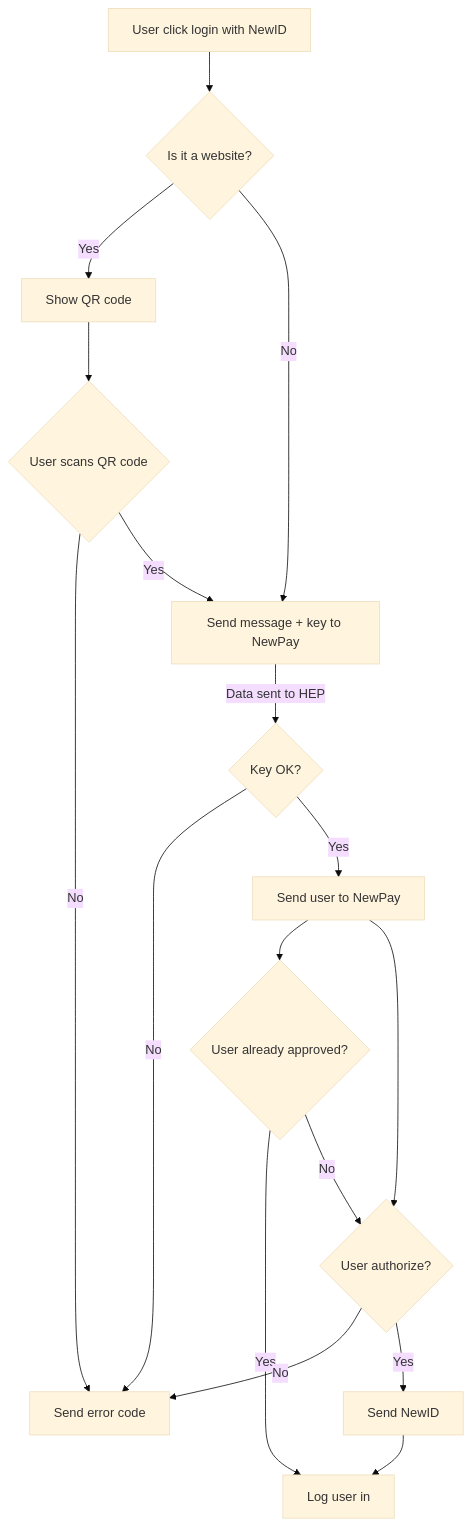
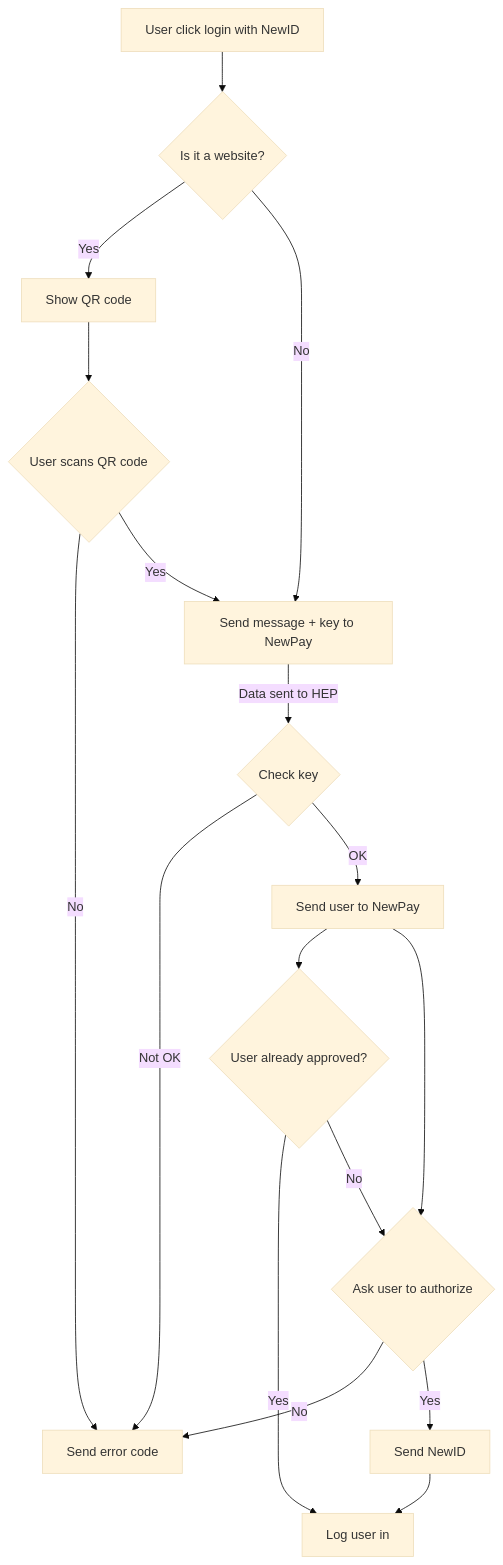
The diagram in login_flowchart.md (newtonproject/HEP-specification), drawn with Mermaid (base theme) before and after one commit.

````diff
--- a/login_flowchart.md
+++ b/login_flowchart.md
@@ -1,20 +1,20 @@
 ```mermaid
 graph TD
 Click[User click login with NewID] --> web_check{Is it a website?}
 web_check--> |Yes| qr[Show QR code]
 web_check--> |No| send_req_newpay
 qr --> user_scan{User scans QR code}
 user_scan-->|No| Err
 user_scan-->|Yes| send_req_newpay
 send_req_newpay[Send message + key to NewPay];
-send_req_newpay --> |Data sent to HEP| check_key{Key OK?}
-check_key -->|No| Err[Send error code]
-check_key -->|Yes| redirect_newpay[Send user to NewPay]
+send_req_newpay --> |Data sent to HEP| check_key{Check key}
+check_key -->|Not OK| Err[Send error code]
+check_key -->|OK| redirect_newpay[Send user to NewPay]
 redirect_newpay --> user_exist{User already approved?}
 user_exist-->|Yes| login_user
-user_exist-->|No| user_auth_ask{User authorize?}
+user_exist-->|No| user_auth_ask{Ask user to authorize}
 redirect_newpay --> user_auth_ask
 user_auth_ask-->|No| Err
 user_auth_ask-->|Yes| send_newid[Send NewID]
 send_newid --> login_user[Log user in]
 ```
````
